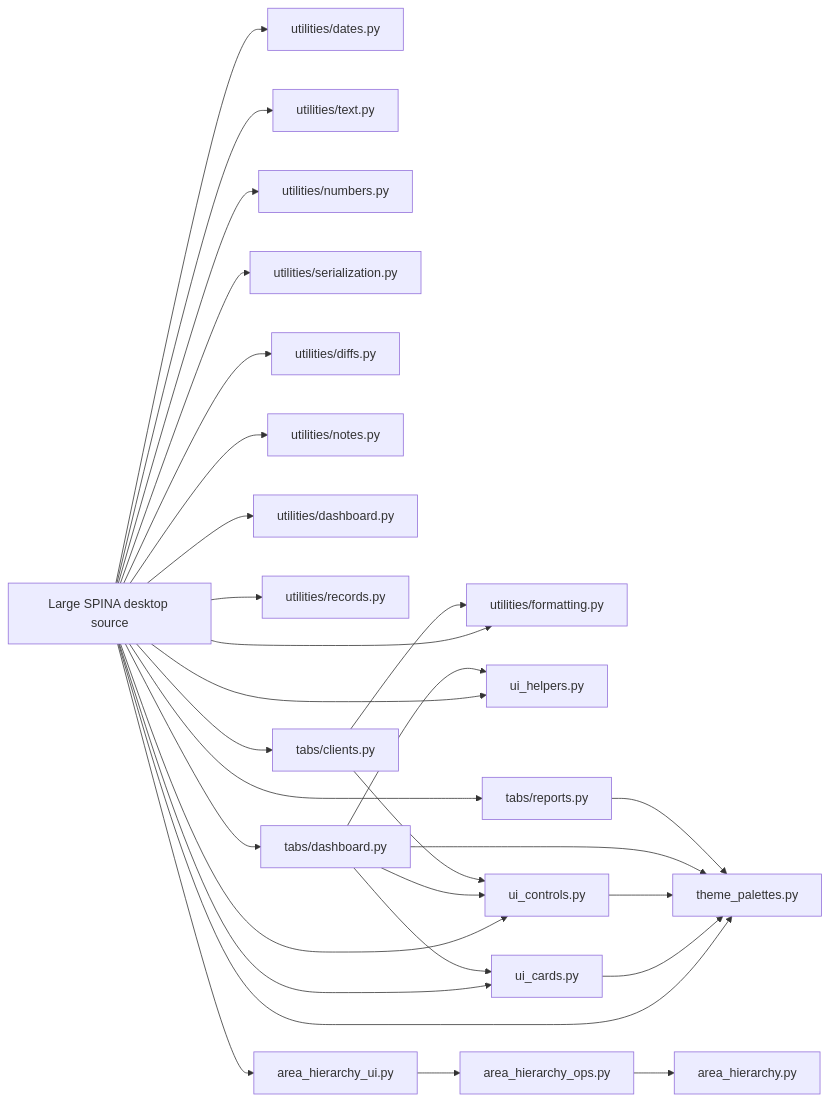
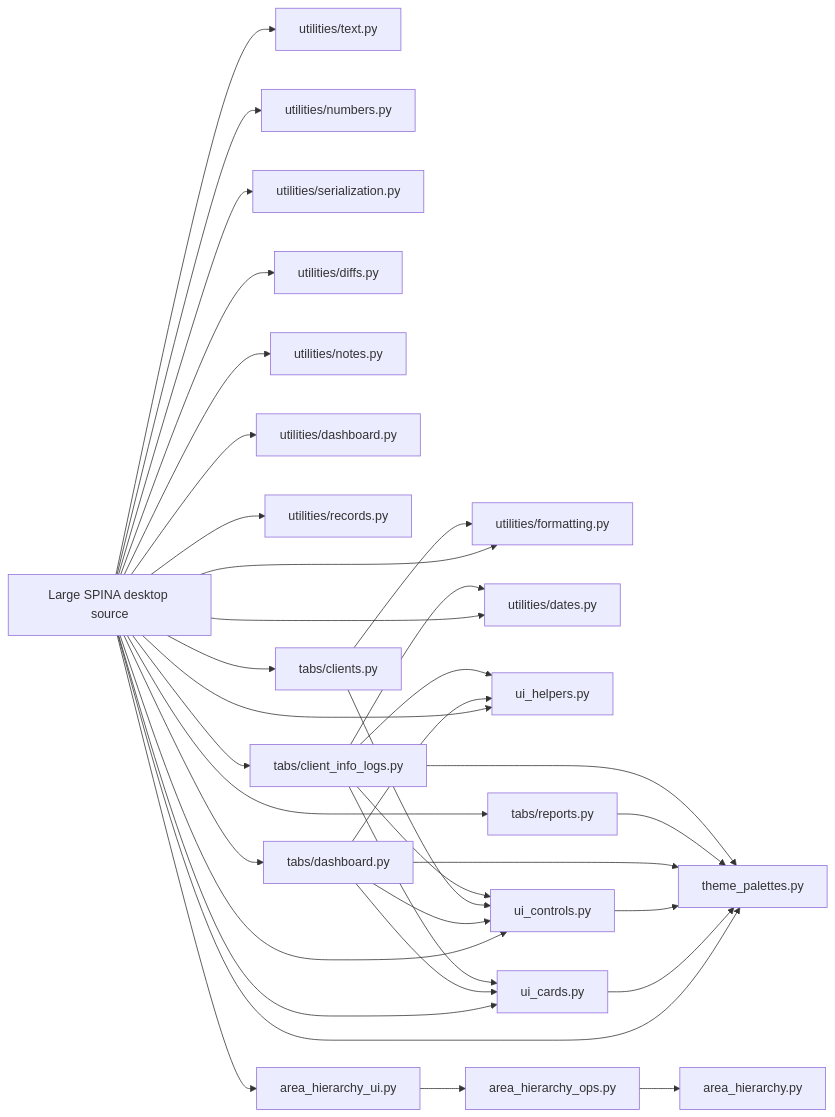
Before and after one commit to GILBIC/spina-lending-app: the diagram in docs/modularization-map.md, drawn with Mermaid. The commit also changed other lines of this file, not shown here.

````diff
--- a/docs/modularization-map.md
+++ b/docs/modularization-map.md
@@ -25,36 +25,42 @@
 ```mermaid
 flowchart LR
     APP[Large SPINA desktop source]
 
     APP --> FMT[utilities/formatting.py]
     APP --> DATE[utilities/dates.py]
     APP --> TEXT[utilities/text.py]
     APP --> NUM[utilities/numbers.py]
     APP --> SER[utilities/serialization.py]
     APP --> DIFF[utilities/diffs.py]
     APP --> NOTES[utilities/notes.py]
     APP --> DASHU[utilities/dashboard.py]
     APP --> REC[utilities/records.py]
 
     APP --> UIH[ui_helpers.py]
     APP --> PAL[theme_palettes.py]
     APP --> UIC[ui_cards.py]
     APP --> UICTL[ui_controls.py]
     APP --> TABDASH[tabs/dashboard.py]
     APP --> TABREPORTS[tabs/reports.py]
     APP --> TABCLIENTS[tabs/clients.py]
+    APP --> TABCILOG[tabs/client_info_logs.py]
 
     UIC --> PAL
     UICTL --> PAL
     TABDASH --> PAL
     TABDASH --> UIC
     TABDASH --> UICTL
     TABDASH --> UIH
     TABREPORTS --> PAL
     TABCLIENTS --> UICTL
     TABCLIENTS --> FMT
+    TABCILOG --> PAL
+    TABCILOG --> UIC
+    TABCILOG --> UICTL
+    TABCILOG --> UIH
+    TABCILOG --> DATE
 
     APP --> AUI[area_hierarchy_ui.py]
     AUI --> AOPS[area_hierarchy_ops.py]
     AOPS --> AH[area_hierarchy.py]
 ```
````
